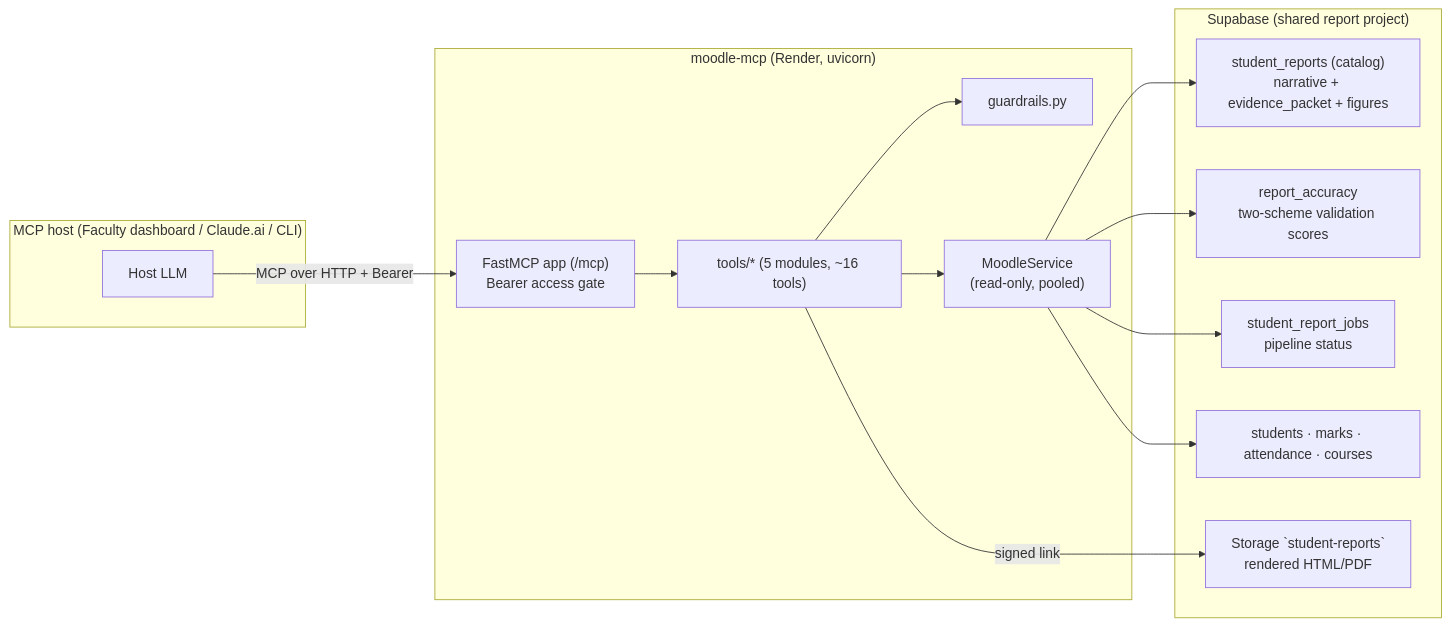
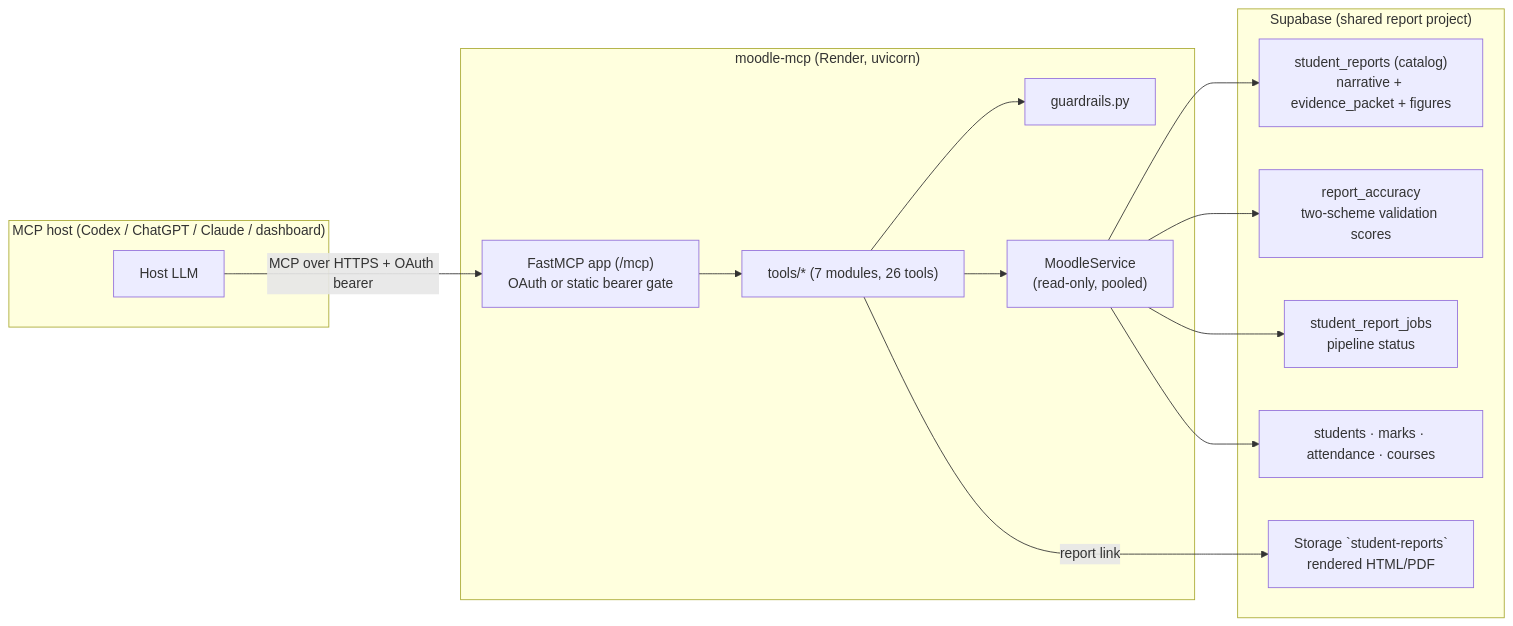
Before and after one commit to mansigambhir-1313/Moodle-MCP: the diagram in docs/ARCHITECTURE.md, drawn with Mermaid. The commit also changed other lines of this file and 14 other files, not shown here.

Commit message:
feat(codex): package plugin and harden OAuth access

````diff
--- a/docs/ARCHITECTURE.md
+++ b/docs/ARCHITECTURE.md
@@ -15,27 +15,27 @@
 ```mermaid
 flowchart LR
-    subgraph Host["MCP host (Faculty dashboard / Claude.ai / CLI)"]
+    subgraph Host["MCP host (Codex / ChatGPT / Claude / dashboard)"]
         LLM["Host LLM"]
     end
     subgraph Server["moodle-mcp (Render, uvicorn)"]
-        FastMCP["FastMCP app (/mcp)<br/>Bearer access gate"]
-        Tools["tools/* (5 modules, ~16 tools)"]
+        FastMCP["FastMCP app (/mcp)<br/>OAuth or static bearer gate"]
+        Tools["tools/* (7 modules, 26 tools)"]
         Guard["guardrails.py"]
         Svc["MoodleService<br/>(read-only, pooled)"]
     end
     subgraph Supabase["Supabase (shared report project)"]
         Catalog["student_reports (catalog)<br/>narrative + evidence_packet + figures"]
         Accuracy["report_accuracy<br/>two-scheme validation scores"]
         Jobs["student_report_jobs<br/>pipeline status"]
         Source["students · marks · attendance · courses"]
         Bucket["Storage `student-reports`<br/>rendered HTML/PDF"]
     end
 
-    LLM -- "MCP over HTTP + Bearer" --> FastMCP
+    LLM -- "MCP over HTTPS + OAuth bearer" --> FastMCP
     FastMCP --> Tools --> Guard
     Tools --> Svc --> Catalog
     Svc --> Accuracy
     Svc --> Jobs
     Svc --> Source
-    Tools -- "signed link" --> Bucket
+    Tools -- "report link" --> Bucket
 ```
````
